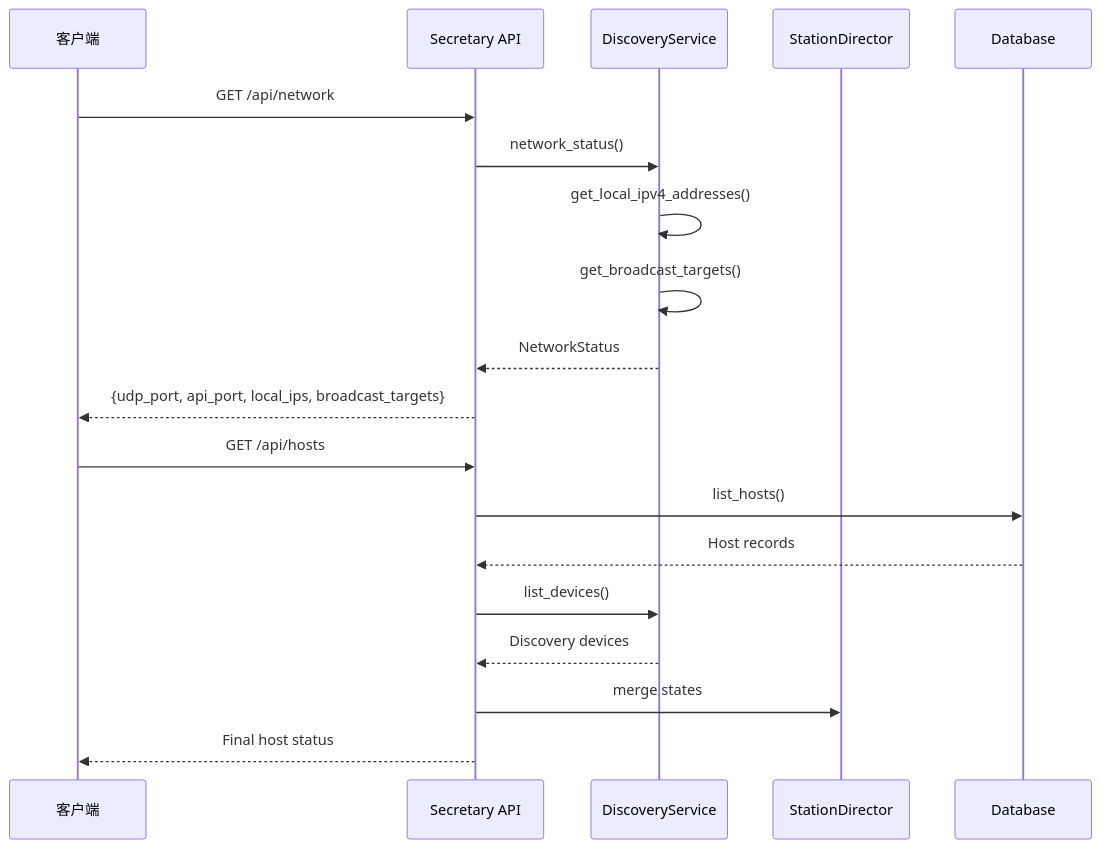
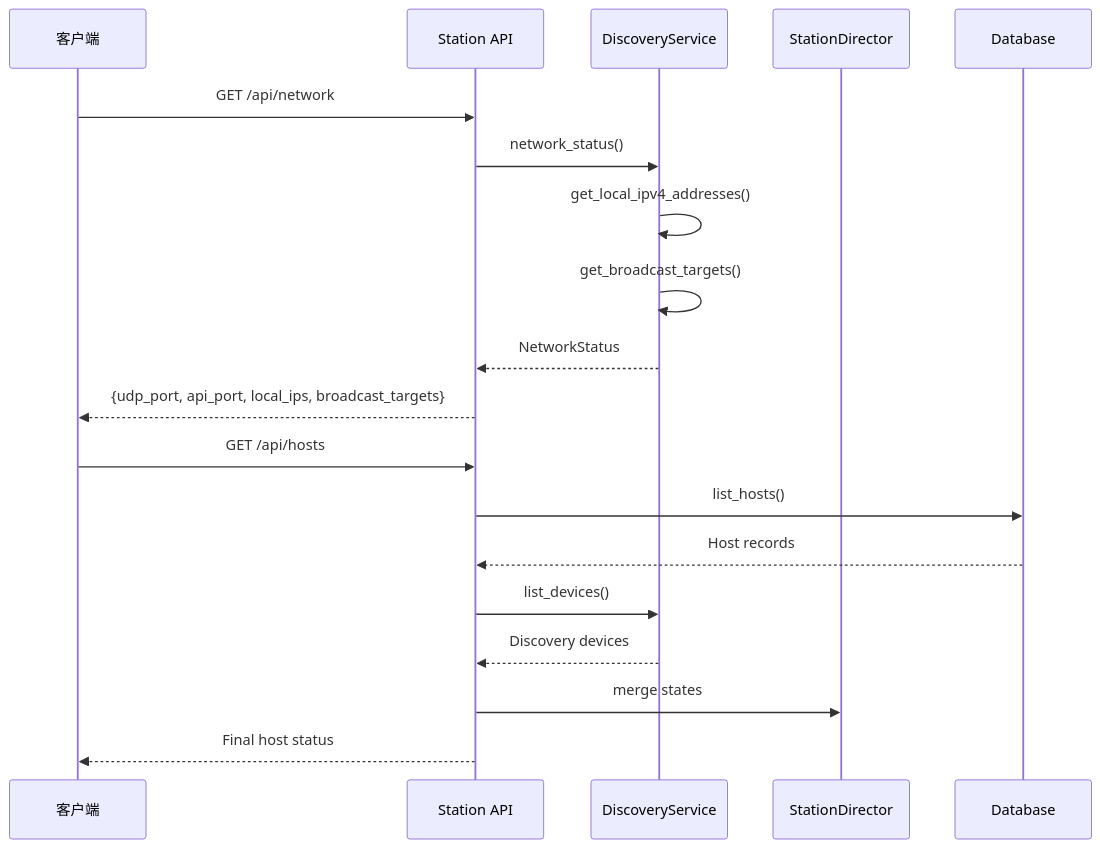
One commit to targalian/Personal-distributed-workstation changed diagram 16 of 18 in .qoder/repowiki/zh/content/核心模块/设备发现系统.md. Above: the diagram before and after it, drawn with Mermaid. The commit also changed other lines of this file and 117 other files, not shown here.

````diff
--- a/.qoder/repowiki/zh/content/核心模块/设备发现系统.md
+++ b/.qoder/repowiki/zh/content/核心模块/设备发现系统.md
@@ -632,21 +752,21 @@
 ```mermaid
 sequenceDiagram
 participant Client as 客户端
-participant API as Secretary API
+participant API as Station API
 participant DS as DiscoveryService
 participant SD as StationDirector
 participant DB as Database
 Client->>API : GET /api/network
 API->>DS : network_status()
 DS->>DS : get_local_ipv4_addresses()
 DS->>DS : get_broadcast_targets()
 DS-->>API : NetworkStatus
 API-->>Client : {udp_port, api_port, local_ips, broadcast_targets}
 Client->>API : GET /api/hosts
 API->>DB : list_hosts()
 DB-->>API : Host records
 API->>DS : list_devices()
 DS-->>API : Discovery devices
 API->>SD : merge states
 API-->>Client : Final host status
 ```
````
